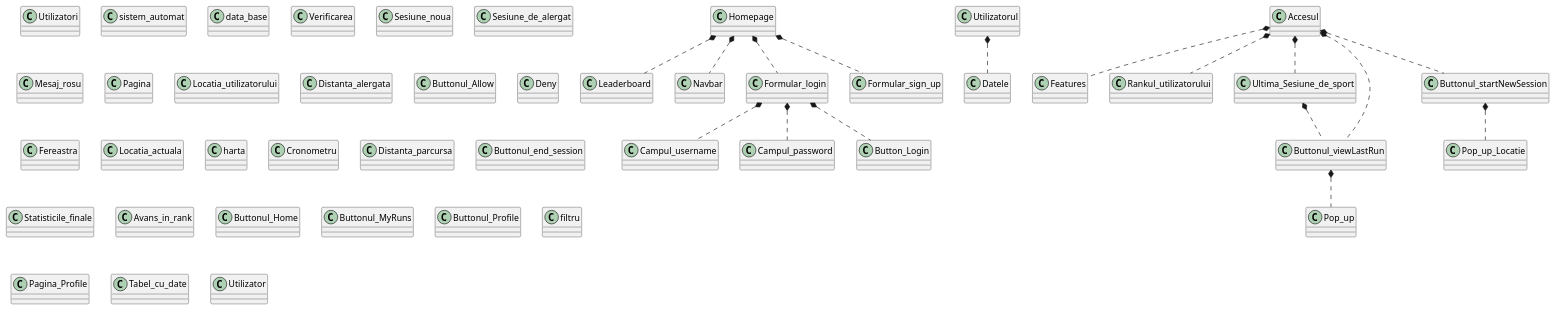
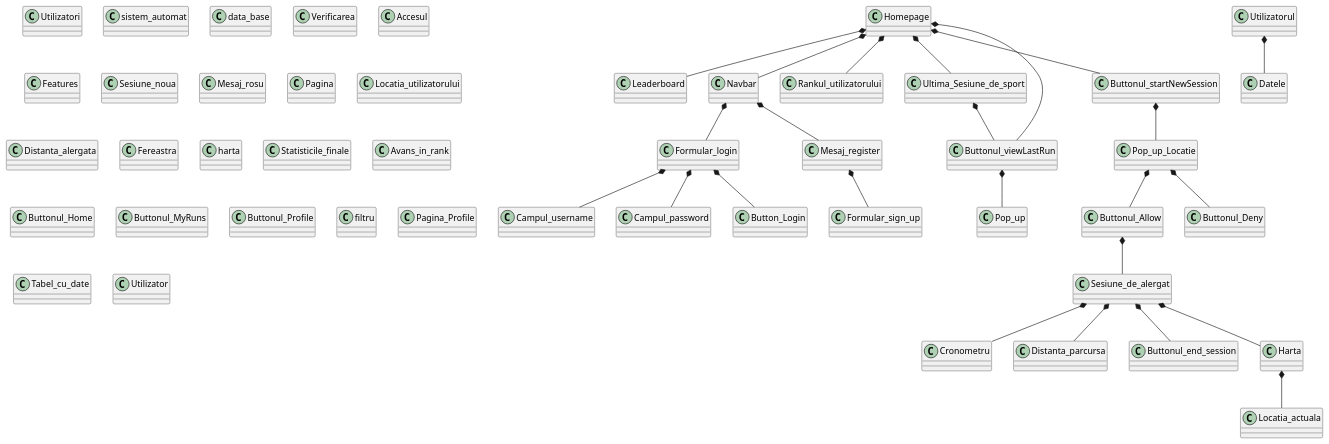
The diagram in ok.puml (kechillosh/req), drawn with PlantUML before and after one commit. The commit also changed 2 other files, not shown here.

```diff
--- a/ok.puml
+++ b/ok.puml
@@ -1,180 +1,198 @@
 @startuml
 'https://plantuml.com/class-diagram
 
 class Homepage{
 }
 
 class Leaderboard{
 }
 
 class Utilizatori{
 }
 
 class Navbar{
 }
 
 class Formular_login{
 }
 
 class Formular_sign_up{
 }
 
 class Campul_username{
 }
 
 class Campul_password{
 }
 
 class Button_Login {
 }
 
 class Utilizatorul{
 }
 
 class Datele{
 }
 
 class sistem_automat{
 }
 
 class data_base {
 }
 
 class Verificarea{
 }
 
 class Accesul{
 }
 
 class Features{
 }
 
 class Rankul_utilizatorului{
 }
 
 class Ultima_Sesiune_de_sport{
 }
 
 class Buttonul_viewLastRun{
 }
 
 class Sesiune_noua{
 }
 
 class Pop_up{
 }
 
 class Sesiune_de_alergat{
 }
 
 class Buttonul_startNewSession{
 }
 
 class Mesaj_rosu{
 }
 
 class Pagina {
 }
 
 class Locatia_utilizatorului {
 }
 
 class Distanta_alergata {
 }
 
 class Pop_up_Locatie {
 }
 
 class Buttonul_Allow {
 }
 
-class Deny{
+class Buttonul_Deny{
 }
 
 class Fereastra {
 }
 
 class Locatia_actuala {
 }
 
 class harta {
 }
 
 class Cronometru {
 }
 
 class Distanta_parcursa {
 }
 
 class Buttonul_end_session {
 }
 
 class Statisticile_finale {
 }
 
 class Avans_in_rank {
 }
 
 class Buttonul_Home {
 }
 
 class Buttonul_MyRuns {
 }
 
 class Buttonul_Profile {
 }
 
 class filtru {
 }
 
 class Homepage {
 }
 
+class Mesaj_register {
+}
 
+class Harta {
+}
 
 
 
 
 
 class Pagina_Profile {
 }
 
 class Tabel_cu_date {
 }
 
 class Utilizator {
 }
 
 
 
 
 
 
-Homepage *.. Leaderboard
-Homepage *.. Navbar
-Homepage *.. Formular_login
-Homepage *.. Formular_sign_up
+Homepage *-- Leaderboard
+Homepage *-- Navbar
+Navbar *-- Formular_login
+Navbar *-- Mesaj_register
+Mesaj_register *-- Formular_sign_up
 
 
-Formular_login *.. Campul_username
-Formular_login *.. Campul_password
-Formular_login *.. Button_Login
+Formular_login *-- Campul_username
+Formular_login *-- Campul_password
+Formular_login *-- Button_Login
 
 
 
-Utilizatorul *.. Datele
+Utilizatorul *-- Datele
 
-Accesul *.. Features
-Accesul *.. Rankul_utilizatorului
-Accesul *.. Ultima_Sesiune_de_sport
-Ultima_Sesiune_de_sport *.. Buttonul_viewLastRun
-Accesul *.. Buttonul_viewLastRun
-Accesul *.. Buttonul_startNewSession
 
-Buttonul_viewLastRun *.. Pop_up
+Homepage *-- Rankul_utilizatorului
+Homepage *-- Ultima_Sesiune_de_sport
+Ultima_Sesiune_de_sport *-- Buttonul_viewLastRun
+Homepage *-- Buttonul_viewLastRun
+Homepage *-- Buttonul_startNewSession
 
-Buttonul_startNewSession *.. Pop_up_Locatie
+Buttonul_viewLastRun *-- Pop_up
+
+Buttonul_startNewSession *-- Pop_up_Locatie
+
+Pop_up_Locatie *-- Buttonul_Allow
+Pop_up_Locatie *-- Buttonul_Deny
+
+Buttonul_Allow *-- Sesiune_de_alergat
+
+Sesiune_de_alergat *-- Harta
+Harta *-- Locatia_actuala
+Sesiune_de_alergat *-- Cronometru
+Sesiune_de_alergat *-- Distanta_parcursa
+Sesiune_de_alergat *-- Buttonul_end_session
+
+
 
 
 
 @enduml
```
